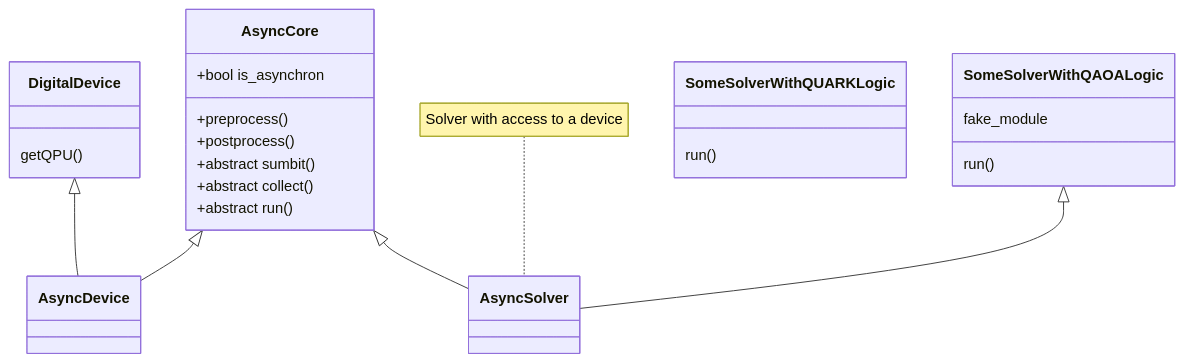
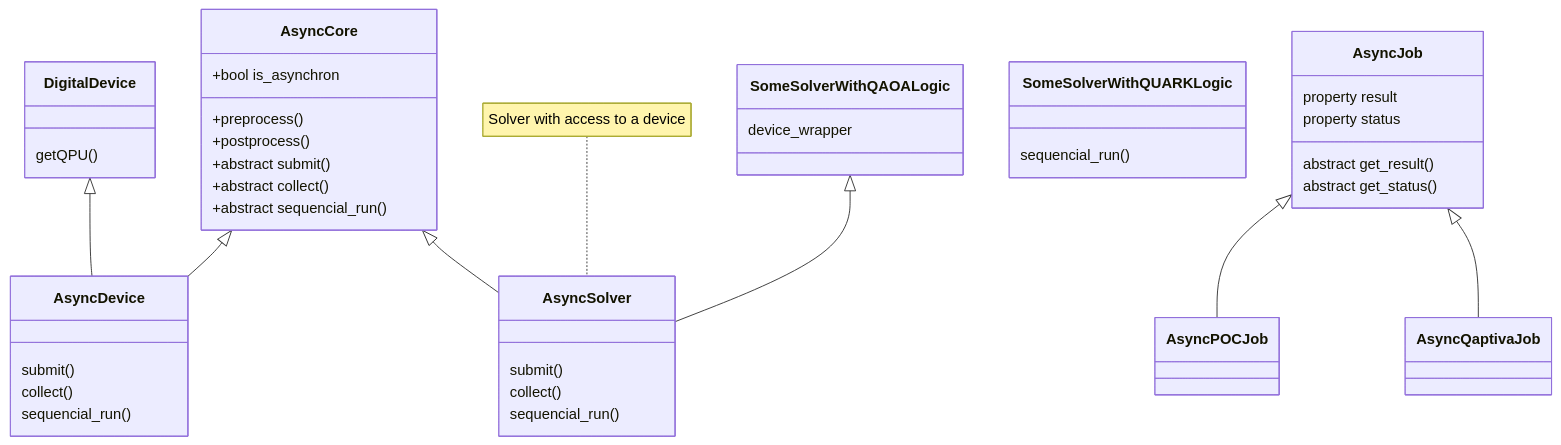
The first of 3 diagrams in src/parallel/anyModule.md (QUARK-framework/QUARK), drawn with Mermaid before and after one commit. The commit also changed other lines of this file, not shown here.

Commit message:
update sequence diagram

````diff
--- a/src/parallel/anyModule.md
+++ b/src/parallel/anyModule.md
@@ -3,34 +3,56 @@
 ```mermaid
 classDiagram
 
 
 DigitalDevice <|-- AsyncDevice
 AsyncCore <|-- AsyncDevice
 AsyncCore <|-- AsyncSolver
 SomeSolverWithQAOALogic <|-- AsyncSolver
 
+AsyncJob <|-- AsyncPOCJob
+AsyncJob <|-- AsyncQaptivaJob
+
 
 note for AsyncSolver "Solver with access to a device"
 
 AsyncCore: +bool is_asynchron
 class AsyncCore{
     +preprocess()
     +postprocess()
-    +abstract sumbit()
+    +abstract submit()
     +abstract collect()
-    +abstract run()
+    +abstract sequencial_run()
 }
 
 class DigitalDevice{
     getQPU()
 }
 
 class SomeSolverWithQAOALogic{
-    fake_module
-    run()
+    device_wrapper
+}
+class AsyncSolver{
+    submit()
+    collect()
+    sequencial_run()
+}
+
+class AsyncDevice{
+    submit()
+    collect()
+    sequencial_run()
 }
 class SomeSolverWithQUARKLogic{
-    run()
+    sequencial_run()
+}
+
+
+class AsyncJob{
+    property result
+    property status
+    abstract get_result()
+    abstract get_status()
+
 }
 
 ```
````
